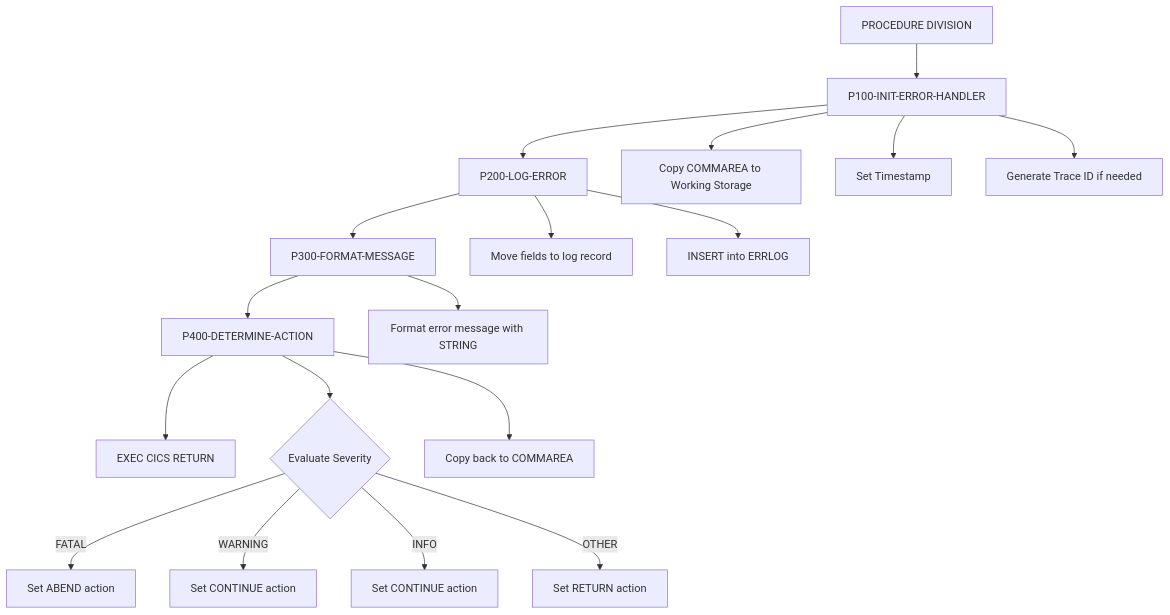
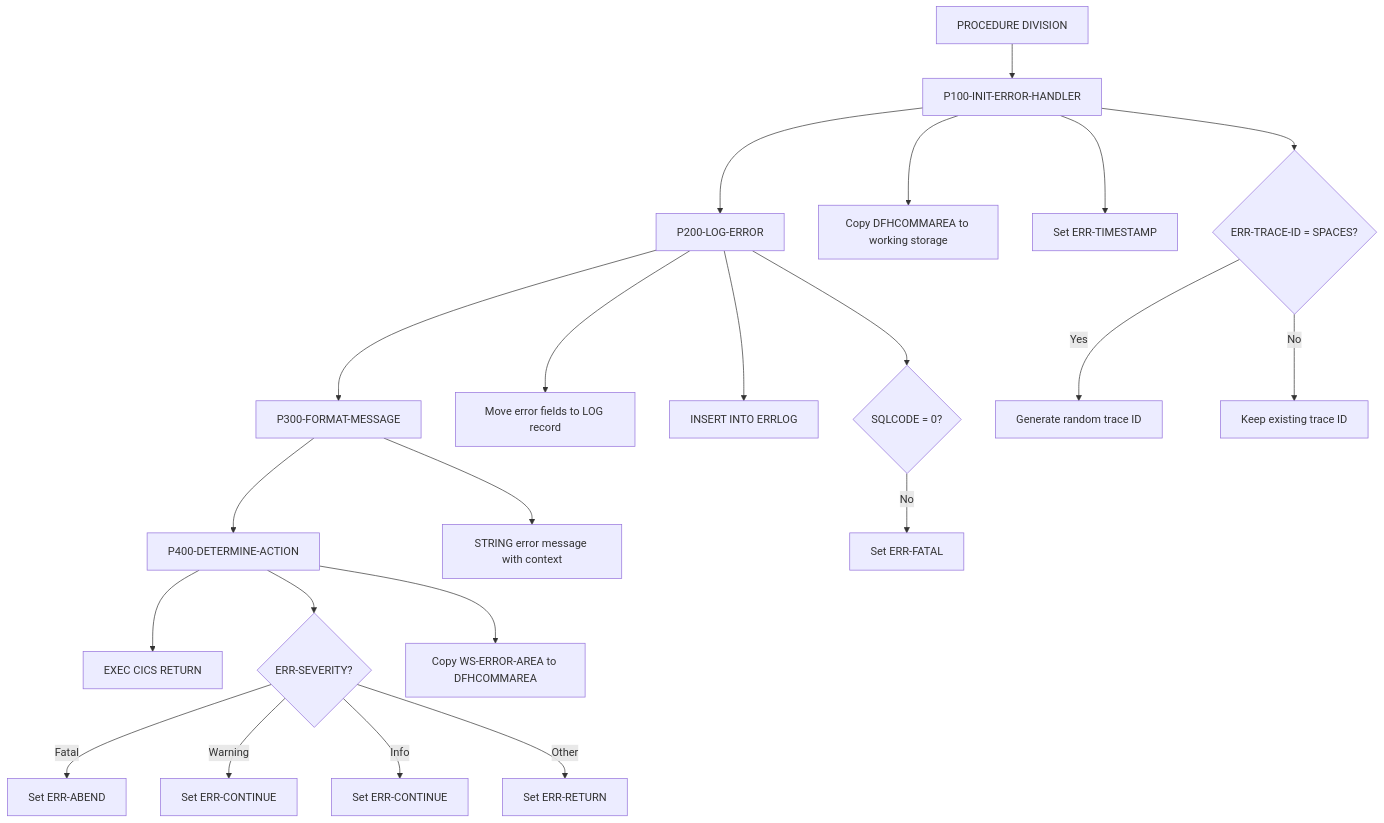
One commit to haladir-com/legacy-benchmark-docs-vb70e1 changed the first of 2 diagrams in docs/programs/ERRHNDL.mdx. Above: the diagram before and after it, drawn with Mermaid. The commit also changed other lines of this file and 63 other files, not shown here.

````diff
--- a/docs/programs/ERRHNDL.mdx
+++ b/docs/programs/ERRHNDL.mdx
@@ -16,24 +16,28 @@
 ```mermaid
 graph TD
     A[PROCEDURE DIVISION] --> B[P100-INIT-ERROR-HANDLER]
     B --> C[P200-LOG-ERROR]
     C --> D[P300-FORMAT-MESSAGE]
     D --> E[P400-DETERMINE-ACTION]
     E --> F[EXEC CICS RETURN]
     
-    B --> B1[Copy COMMAREA to Working Storage]
-    B --> B2[Set Timestamp]
-    B --> B3[Generate Trace ID if needed]
+    B --> B1[Copy DFHCOMMAREA to working storage]
+    B --> B2[Set ERR-TIMESTAMP]
+    B --> B3{ERR-TRACE-ID = SPACES?}
+    B3 -->|Yes| B4[Generate random trace ID]
+    B3 -->|No| B5[Keep existing trace ID]
     
-    C --> C1[Move fields to log record]
-    C --> C2[INSERT into ERRLOG]
+    C --> C1[Move error fields to LOG record]
+    C --> C2[INSERT INTO ERRLOG]
+    C --> C3{SQLCODE = 0?}
+    C3 -->|No| C4[Set ERR-FATAL]
     
-    D --> D1[Format error message with STRING]
+    D --> D1[STRING error message with context]
     
-    E --> E1{Evaluate Severity}
-    E1 -->|FATAL| E2[Set ABEND action]
-    E1 -->|WARNING| E3[Set CONTINUE action]
-    E1 -->|INFO| E4[Set CONTINUE action]
-    E1 -->|OTHER| E5[Set RETURN action]
-    E --> E6[Copy back to COMMAREA]
+    E --> E1{ERR-SEVERITY?}
+    E1 -->|Fatal| E2[Set ERR-ABEND]
+    E1 -->|Warning| E3[Set ERR-CONTINUE]
+    E1 -->|Info| E4[Set ERR-CONTINUE]
+    E1 -->|Other| E5[Set ERR-RETURN]
+    E --> E6[Copy WS-ERROR-AREA to DFHCOMMAREA]
 ```
````
